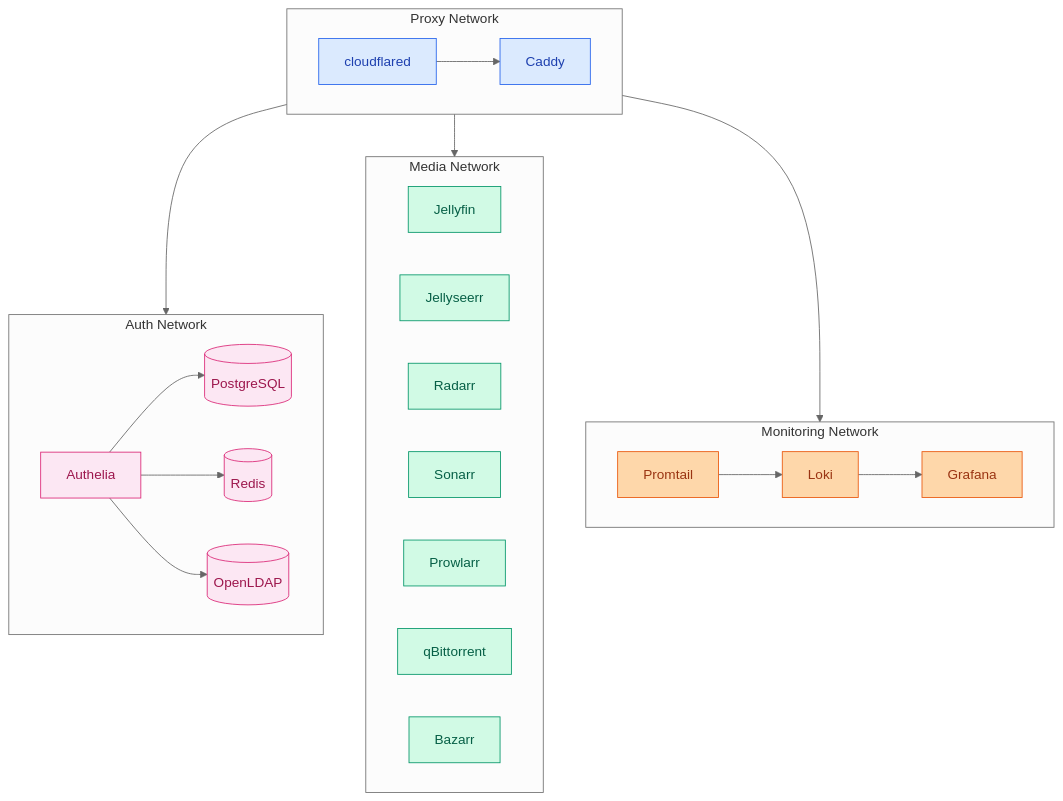
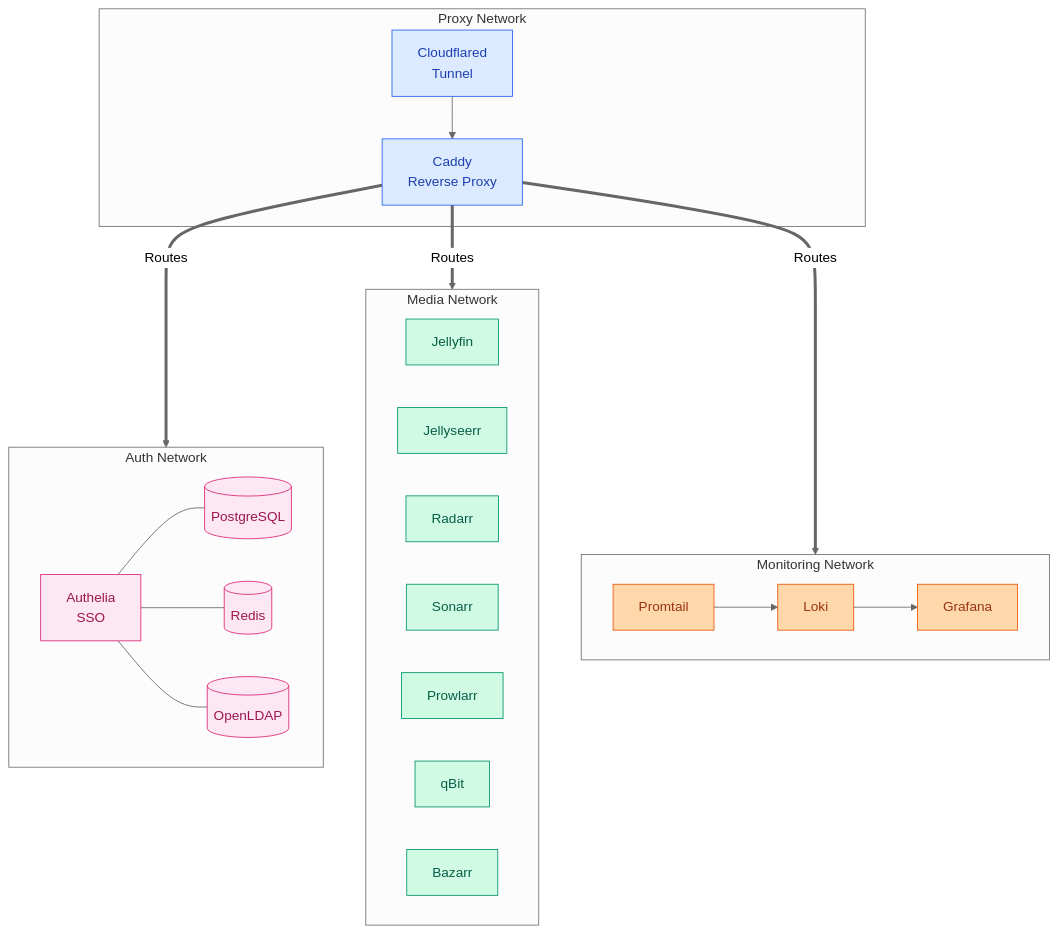
The fourth of 4 diagrams in docs-site/src/content/docs/guides/introduction.mdx (Mykyta-Home-Server/homeserver), drawn with Mermaid (neutral theme) before and after one commit. The commit also changed other lines of this file and 2 other files, not shown here.

First line of the commit message:
Redesign all Mermaid diagrams: square layouts with compact labels

````diff
--- a/docs-site/src/content/docs/guides/introduction.mdx
+++ b/docs-site/src/content/docs/guides/introduction.mdx
@@ -174,48 +142,50 @@
 ```mermaid
 flowchart TB
     subgraph proxy[Proxy Network]
-        direction LR
-        cloudflared[cloudflared] --> Caddy[Caddy]
+        CF[Cloudflared<br/>Tunnel]
+        Caddy[Caddy<br/>Reverse Proxy]
+        CF --> Caddy
     end
 
     subgraph auth[Auth Network]
-        direction LR
-        Authelia[Authelia]
-        PostgreSQL[(PostgreSQL)]
+        Authelia[Authelia<br/>SSO]
+        PG[(PostgreSQL)]
         Redis[(Redis)]
-        OpenLDAP[(OpenLDAP)]
-        Authelia --> PostgreSQL
-        Authelia --> Redis
-        Authelia --> OpenLDAP
+        LDAP[(OpenLDAP)]
+        Authelia --- PG
+        Authelia --- Redis
+        Authelia --- LDAP
     end
 
     subgraph media[Media Network]
-        direction LR
-        Jellyfin[Jellyfin]
-        Jellyseerr[Jellyseerr]
-        Radarr[Radarr]
-        Sonarr[Sonarr]
-        Prowlarr[Prowlarr]
-        qBit[qBittorrent]
-        Bazarr[Bazarr]
+        J[Jellyfin]
+        Req[Jellyseerr]
+        R[Radarr]
+        S[Sonarr]
+        P[Prowlarr]
+        Q[qBit]
+        B[Bazarr]
     end
 
     subgraph monitoring[Monitoring Network]
-        direction LR
-        Promtail[Promtail] --> Loki[Loki] --> Grafana[Grafana]
+        PT[Promtail]
+        Loki[Loki]
+        Graf[Grafana]
+        PT --> Loki
+        Loki --> Graf
     end
 
-    Caddy --> auth
-    Caddy --> media
-    Caddy --> monitoring
+    Caddy ==>|Routes| auth
+    Caddy ==>|Routes| media
+    Caddy ==>|Routes| monitoring
 
     classDef proxyNet fill:#dbeafe,stroke:#2563eb,color:#1e40af
     classDef authNet fill:#fce7f3,stroke:#db2777,color:#9d174d
     classDef mediaNet fill:#d1fae5,stroke:#059669,color:#065f46
     classDef monitorNet fill:#fed7aa,stroke:#ea580c,color:#9a3412
 
-    class cloudflared,Caddy proxyNet
-    class Authelia,PostgreSQL,Redis,OpenLDAP authNet
-    class Jellyfin,Jellyseerr,Radarr,Sonarr,Prowlarr,qBit,Bazarr mediaNet
-    class Grafana,Loki,Promtail monitorNet
+    class CF,Caddy proxyNet
+    class Authelia,PG,Redis,LDAP authNet
+    class J,Req,R,S,P,Q,B mediaNet
+    class PT,Loki,Graf monitorNet
 ```
````
